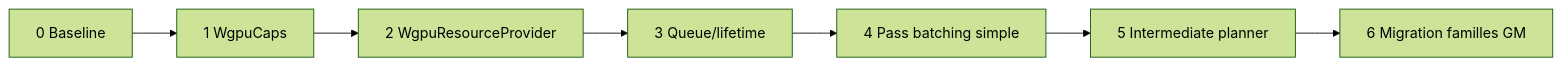
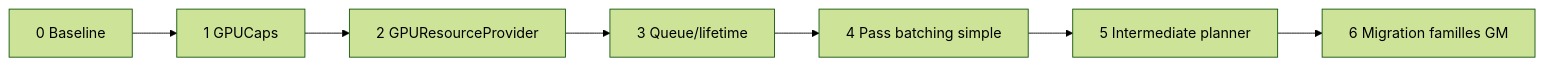
The seventh of 8 diagrams in refactor/06-diagrams.md (ygdrasil-io/kanvas), drawn with Mermaid (forest theme) before and after one commit. The commit also changed other lines of this file and 7 other files, not shown here.

````diff
--- a/refactor/06-diagrams.md
+++ b/refactor/06-diagrams.md
@@ -153,9 +153,9 @@
 ```mermaid
 flowchart LR
-    A["0 Baseline"] --> B["1 WgpuCaps"]
-    B --> C["2 WgpuResourceProvider"]
+    A["0 Baseline"] --> B["1 GPUCaps"]
+    B --> C["2 GPUResourceProvider"]
     C --> D["3 Queue/lifetime"]
     D --> E["4 Pass batching simple"]
     E --> F["5 Intermediate planner"]
     F --> G["6 Migration familles GM"]
 ```
````
